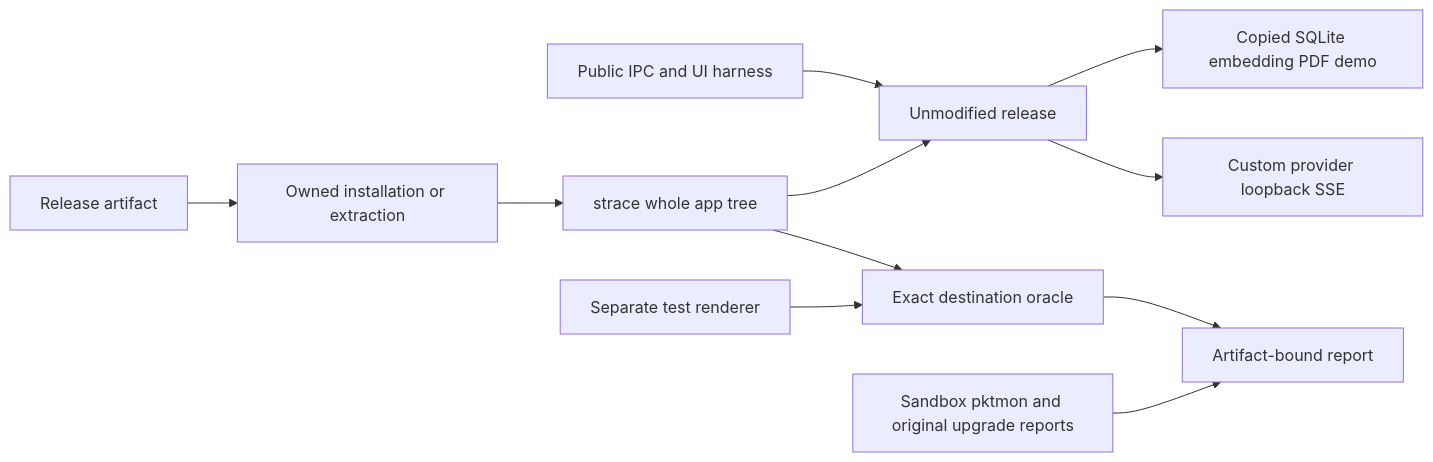
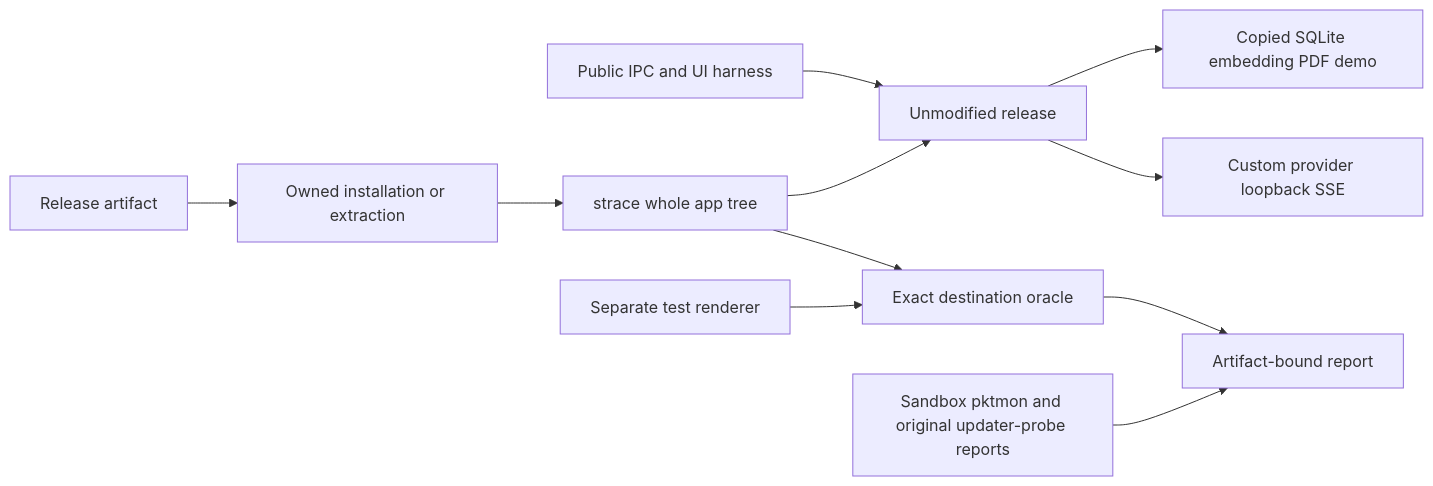
Before and after one commit to DDP-Engineering/2026_Virtual_Embedded_Rig_Assistant: the diagram in .agentic/knowledge/release-smoke.md, drawn with Mermaid. The commit also changed other lines of this file and 157 other files, not shown here.

````diff
--- a/.agentic/knowledge/release-smoke.md
+++ b/.agentic/knowledge/release-smoke.md
@@ -56,13 +56,13 @@
 ```mermaid
 flowchart LR
   artifact[Release artifact] --> extract[Owned installation or extraction]
   extract --> trace[strace whole app tree]
   harness[Public IPC and UI harness] --> app[Unmodified release]
   trace --> app
   app --> demo[Copied SQLite embedding PDF demo]
   app --> server[Custom provider loopback SSE]
   trace --> oracle[Exact destination oracle]
   calibration[Separate test renderer] --> oracle
   oracle --> report[Artifact-bound report]
-  manual[Sandbox pktmon and original upgrade reports] --> report
+  manual[Sandbox pktmon and original updater-probe reports] --> report
 ```
````
